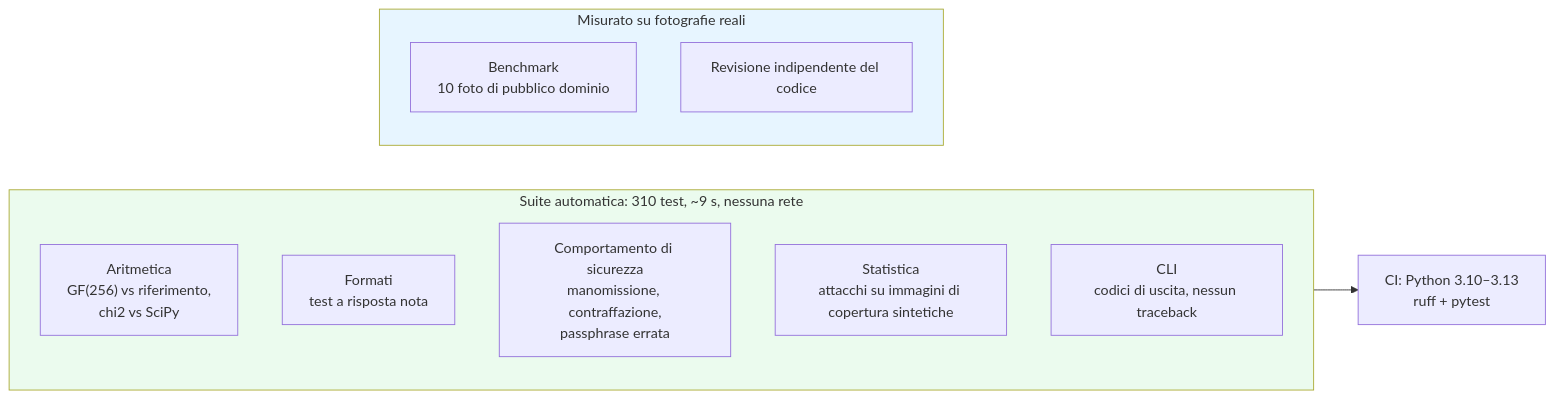
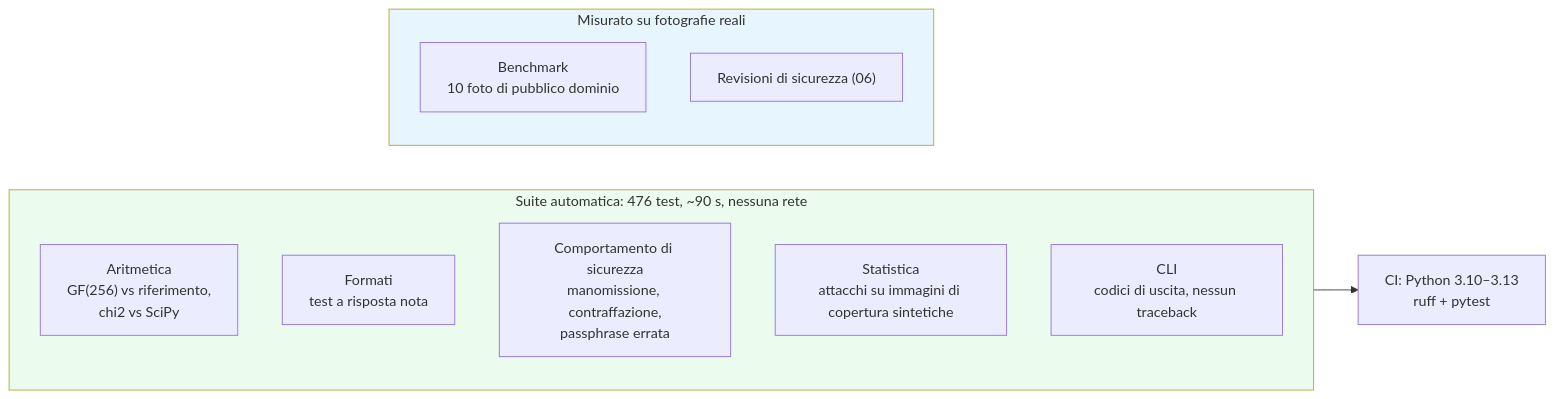
Before and after one commit to Just-Ipavon/shardpix: the seventh of 7 diagrams in docs_it/04-runtime-behaviour.md, drawn with Mermaid. The commit also changed other lines of this file and 8 other files, not shown here.

````diff
--- a/docs_it/04-runtime-behaviour.md
+++ b/docs_it/04-runtime-behaviour.md
@@ -320,20 +331,20 @@
 ```mermaid
 graph LR
-    subgraph offline["Suite automatica: 310 test, ~9 s, nessuna rete"]
+    subgraph offline["Suite automatica: 476 test, ~90 s, nessuna rete"]
         U1["Aritmetica<br/>GF(256) vs riferimento,<br/>chi2 vs SciPy"]
         U2["Formati<br/>test a risposta nota"]
         U3["Comportamento di sicurezza<br/>manomissione, contraffazione,<br/>passphrase errata"]
         U4["Statistica<br/>attacchi su immagini di copertura sintetiche"]
         U5["CLI<br/>codici di uscita, nessun traceback"]
     end
 
     subgraph manual["Misurato su fotografie reali"]
         M1["Benchmark<br/>10 foto di pubblico dominio"]
-        M2["Revisione indipendente del codice"]
+        M2["Revisioni di sicurezza (06)"]
     end
 
     offline --> CI["CI: Python 3.10–3.13<br/>ruff + pytest"]
 
     style offline fill:#ebfbee
     style manual fill:#e7f5ff
 ```
````
